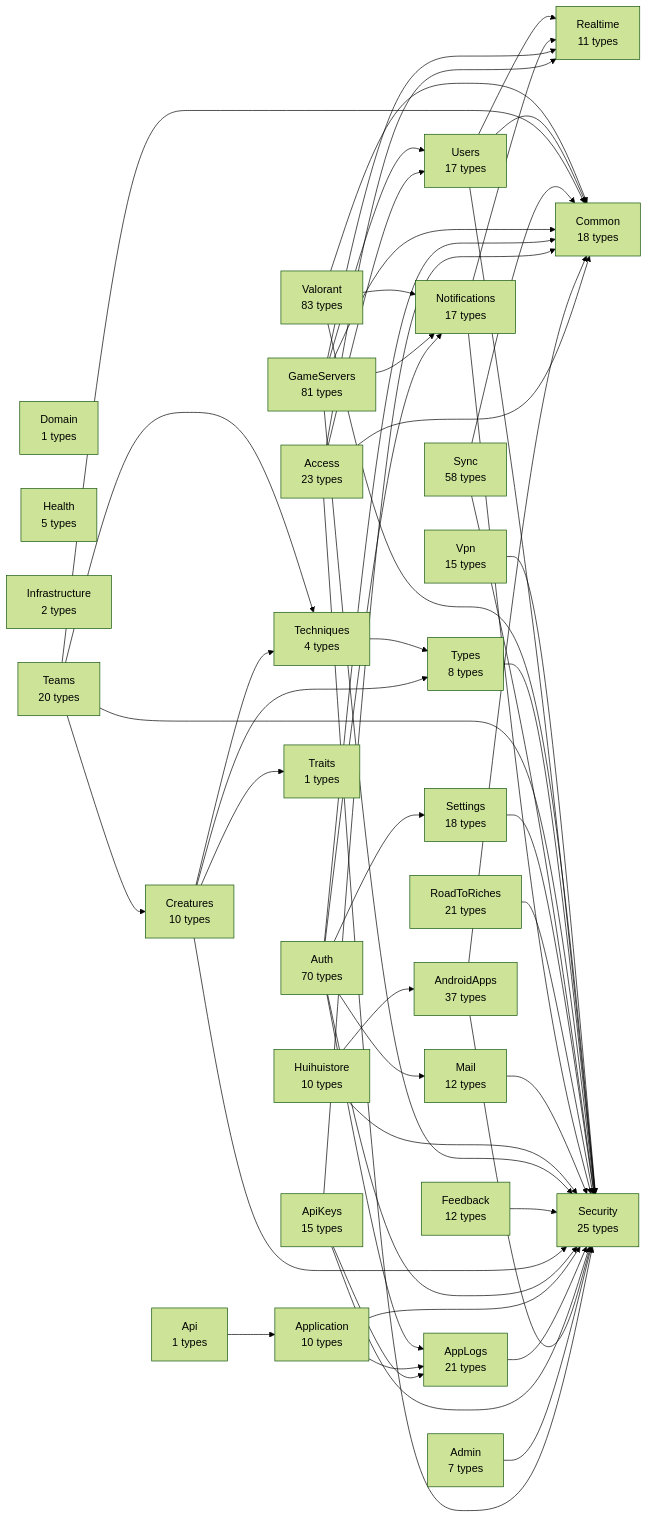
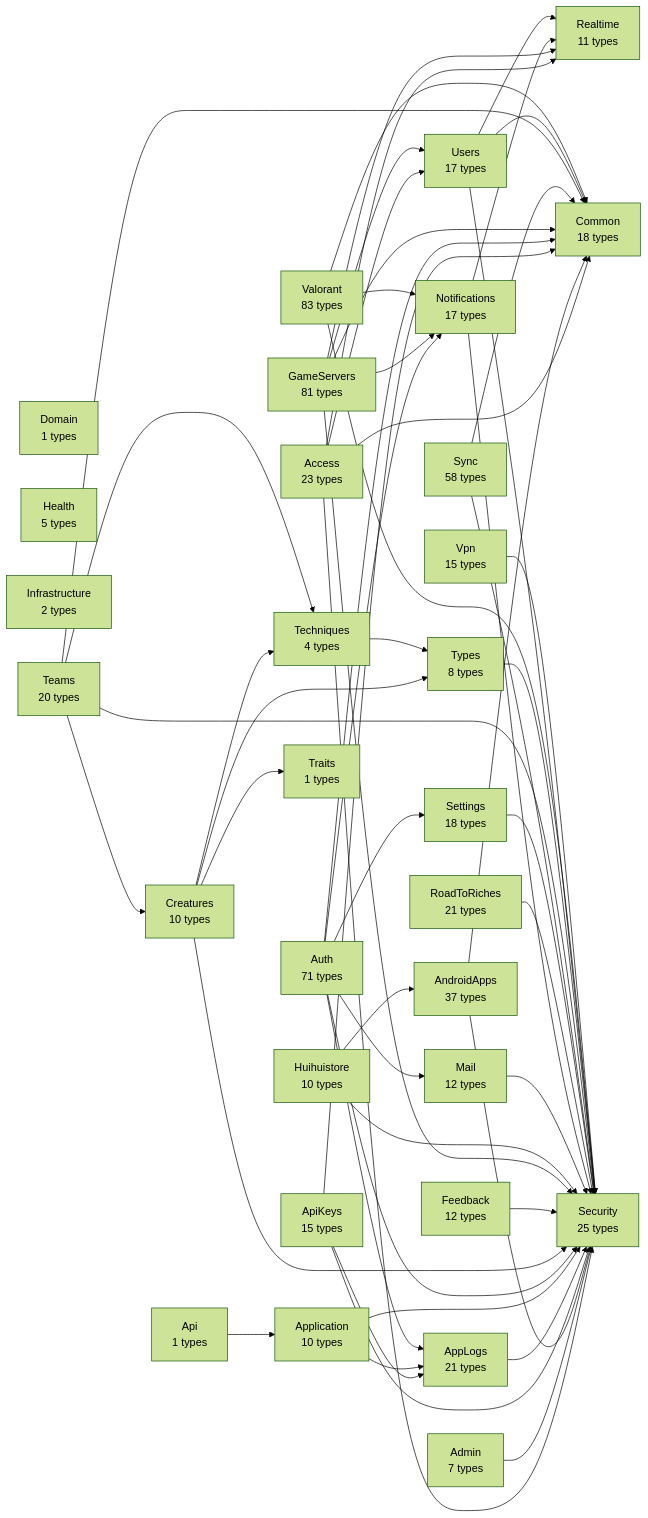
One commit to huiitre/Tools-app changed the diagram in api/docs/diagrams/00-modules.md. Above: the diagram before and after it, drawn with Mermaid (forest theme). The commit also changed 19 other files, not shown here.

```diff
--- a/api/docs/diagrams/00-modules.md
+++ b/api/docs/diagrams/00-modules.md
@@ -11,7 +11,7 @@
   ApiKeys["ApiKeys<br/>15 types"]
   AppLogs["AppLogs<br/>21 types"]
   Application["Application<br/>10 types"]
-  Auth["Auth<br/>70 types"]
+  Auth["Auth<br/>71 types"]
   Common["Common<br/>18 types"]
   Creatures["Creatures<br/>10 types"]
   Domain["Domain<br/>1 types"]
```
